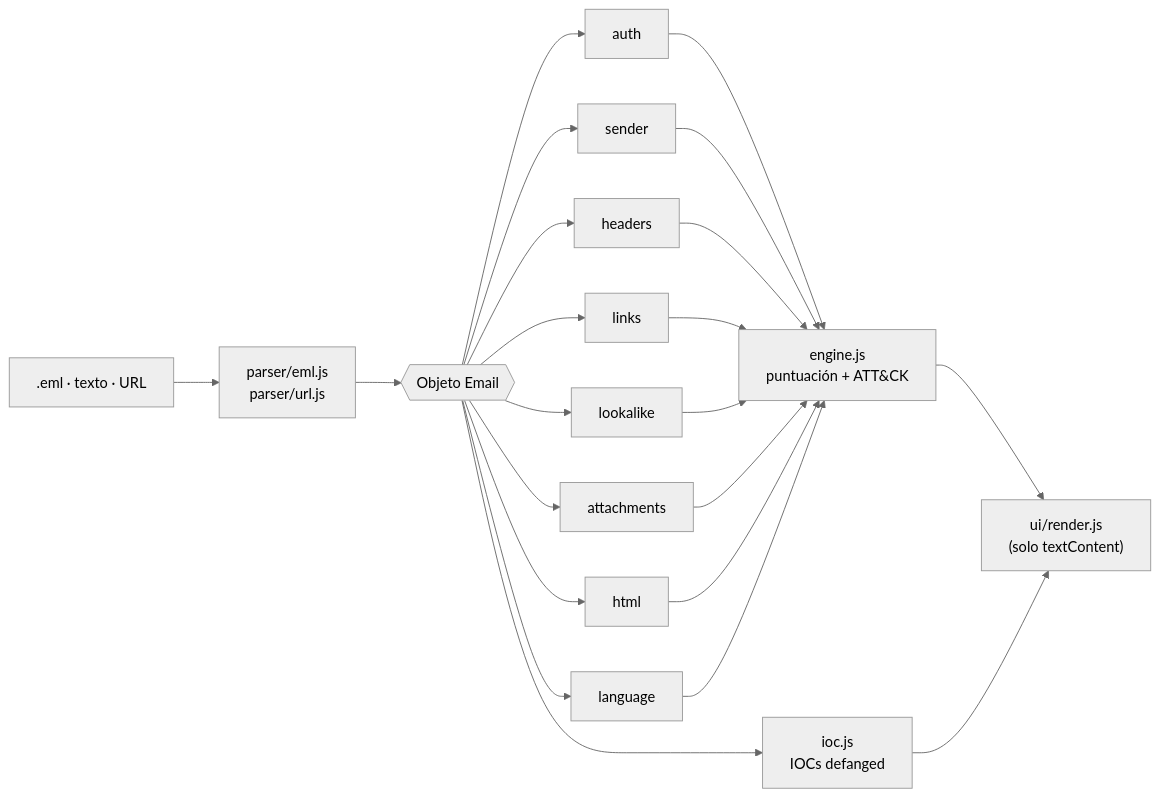
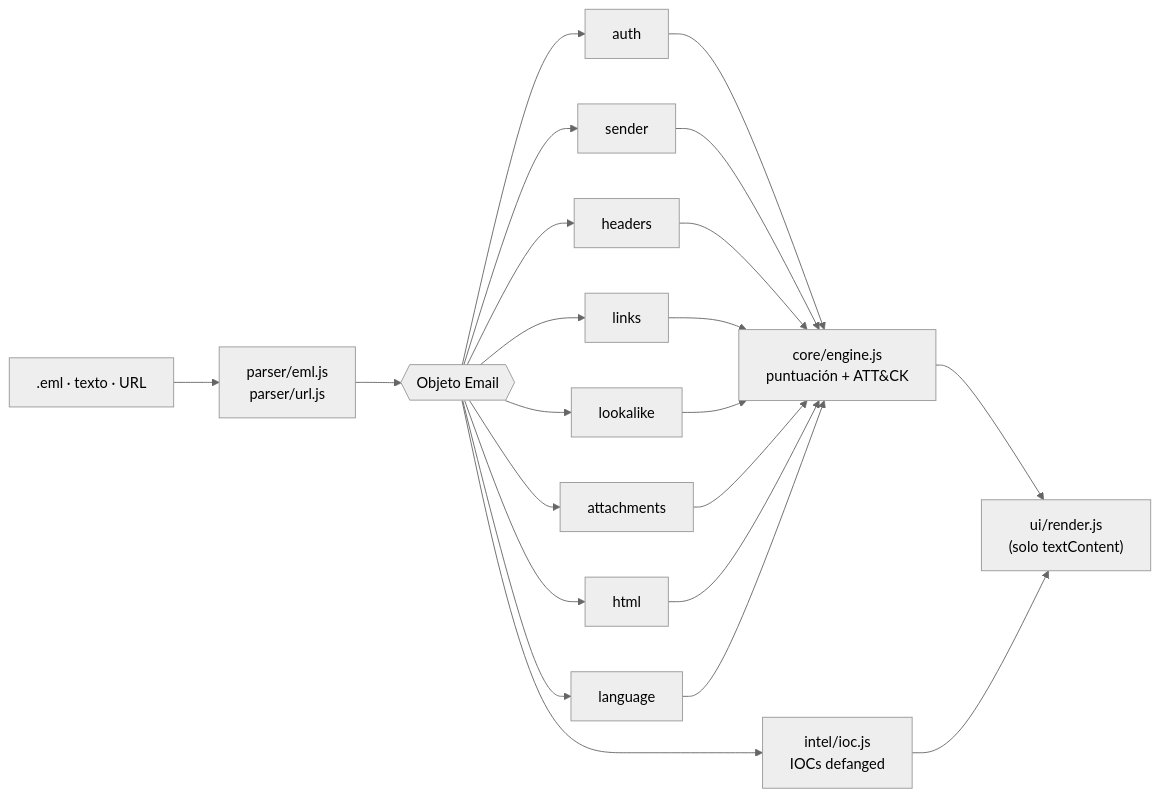
One commit to ManzaXx/PhishLens changed the diagram in README.md. Above: the diagram before and after it, drawn with Mermaid (neutral theme). The commit also changed other lines of this file and 6 other files, not shown here.

````diff
--- a/README.md
+++ b/README.md
@@ -83,9 +85,9 @@
 ```mermaid
 flowchart LR
   A[".eml · texto · URL"] --> B["parser/eml.js<br/>parser/url.js"]
   B --> C{{"Objeto Email"}}
   C --> D1[auth] & D2[sender] & D3[headers] & D4[links] & D5[lookalike] & D6[attachments] & D7[html] & D8[language]
-  D1 & D2 & D3 & D4 & D5 & D6 & D7 & D8 --> E["engine.js<br/>puntuación + ATT&CK"]
-  C --> F["ioc.js<br/>IOCs defanged"]
+  D1 & D2 & D3 & D4 & D5 & D6 & D7 & D8 --> E["core/engine.js<br/>puntuación + ATT&CK"]
+  C --> F["intel/ioc.js<br/>IOCs defanged"]
   E & F --> G["ui/render.js<br/>(solo textContent)"]
 ```
````
